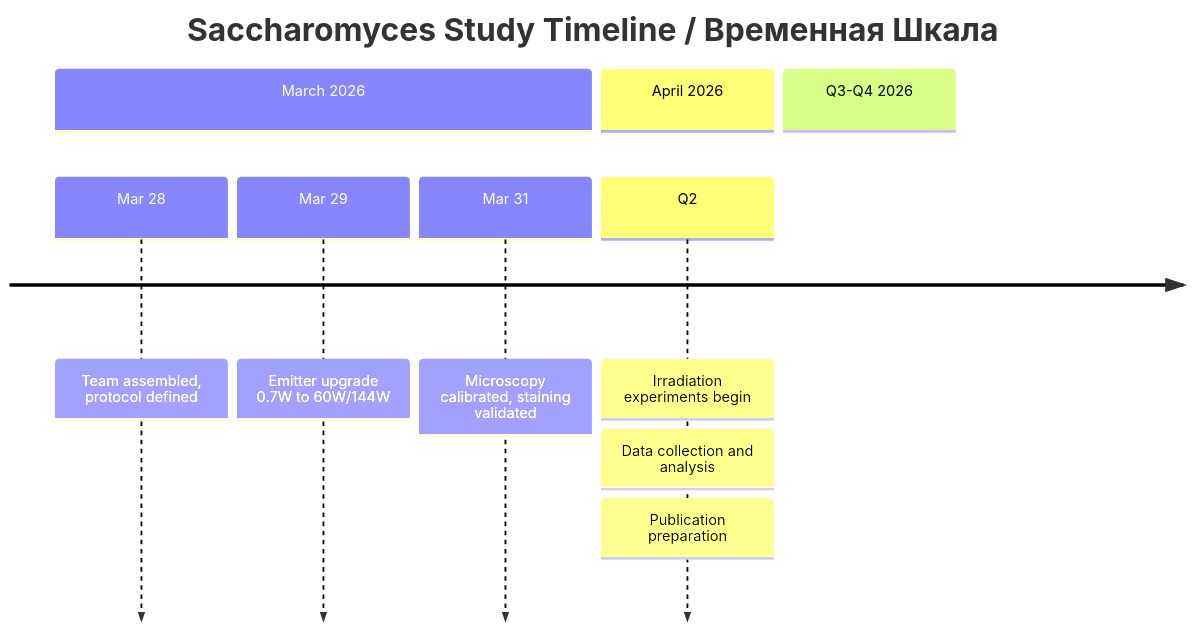
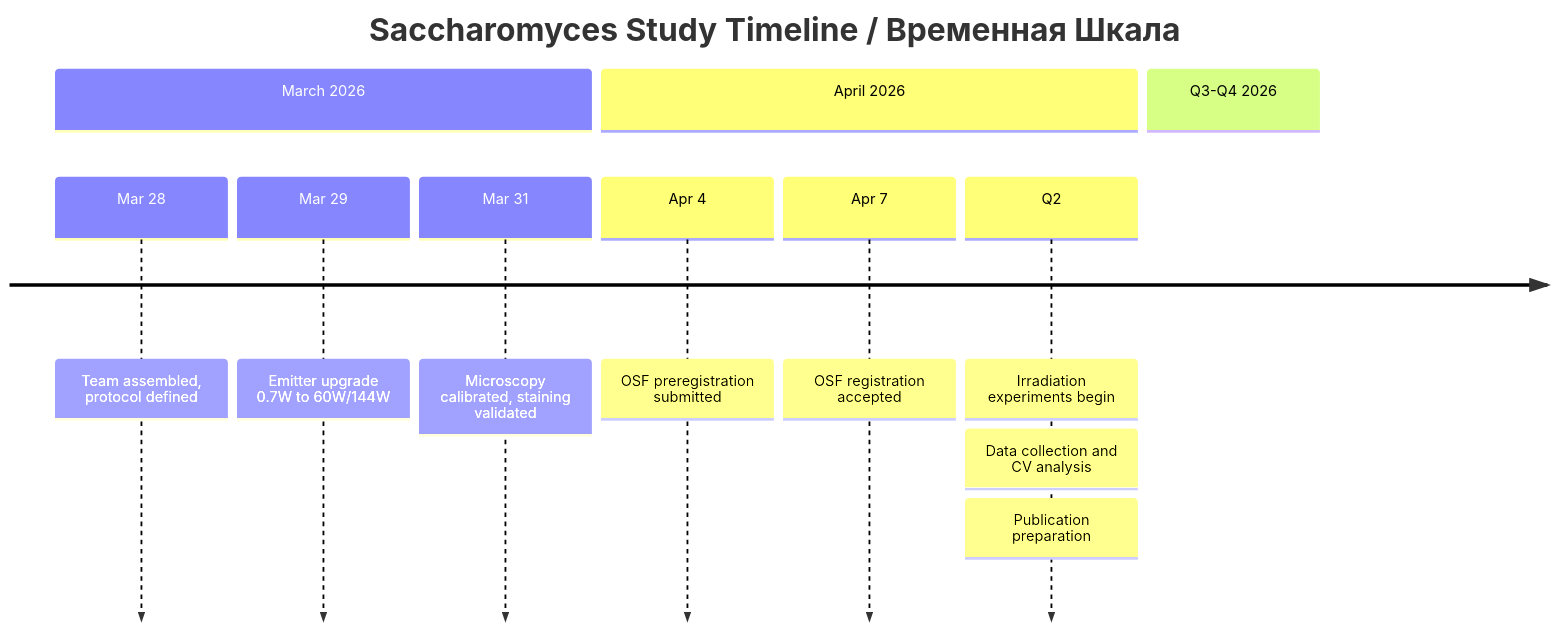
The third of 4 diagrams in README.md (AdvancedScientificResearchProjects/Hyperbolic_Field_SaccharomycesCerevisiae_Study), drawn with Mermaid before and after one commit. The commit also changed other lines of this file, not shown here.

Commit message:
docs: sync README with OSF preregistration, add CV pipeline and statistical analysis

````diff
--- a/README.md
+++ b/README.md
@@ -202,13 +381,15 @@
 ```mermaid
 timeline
     title Saccharomyces Study Timeline / Временная Шкала
     section March 2026
         Mar 28 : Team assembled, protocol defined
         Mar 29 : Emitter upgrade 0.7W to 60W/144W
         Mar 31 : Microscopy calibrated, staining validated
     section April 2026
+        Apr 4 : OSF preregistration submitted
+        Apr 7 : OSF registration accepted
         Q2 : Irradiation experiments begin
-        : Data collection and analysis
     section Q3-Q4 2026
+        : Data collection and CV analysis
         : Publication preparation
 ```
````
